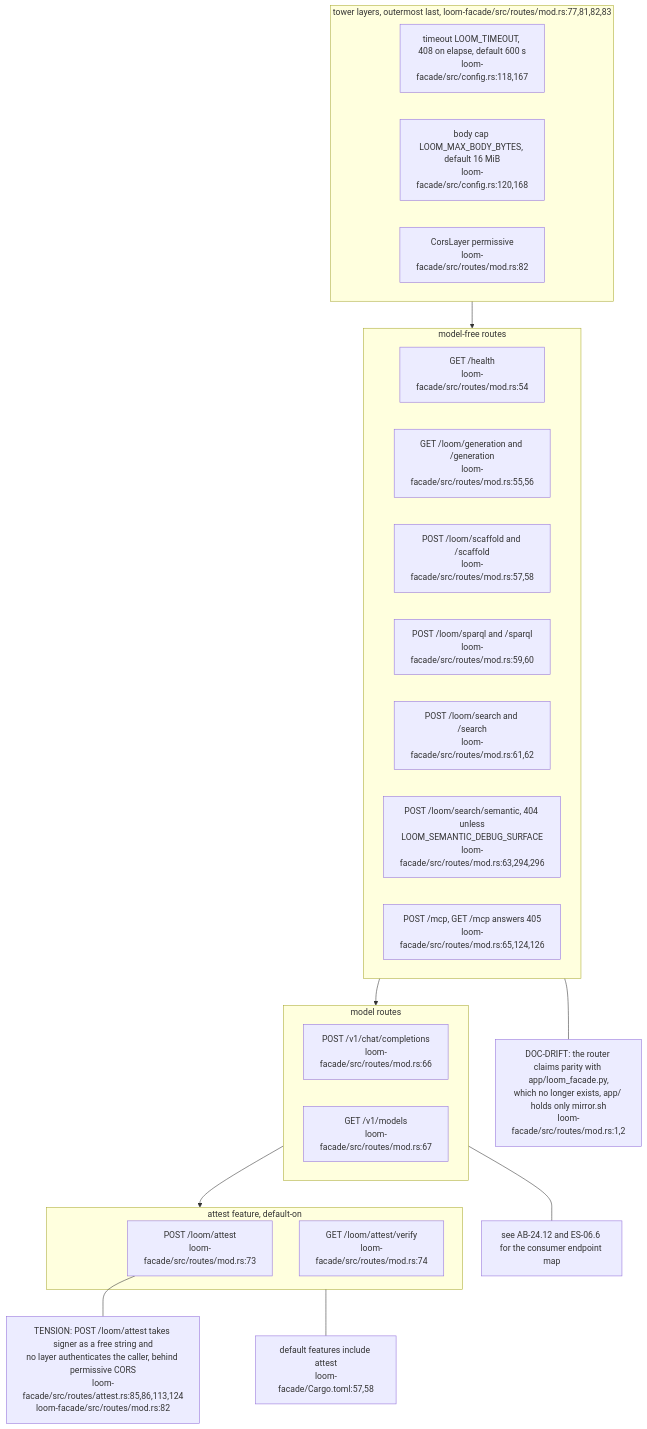
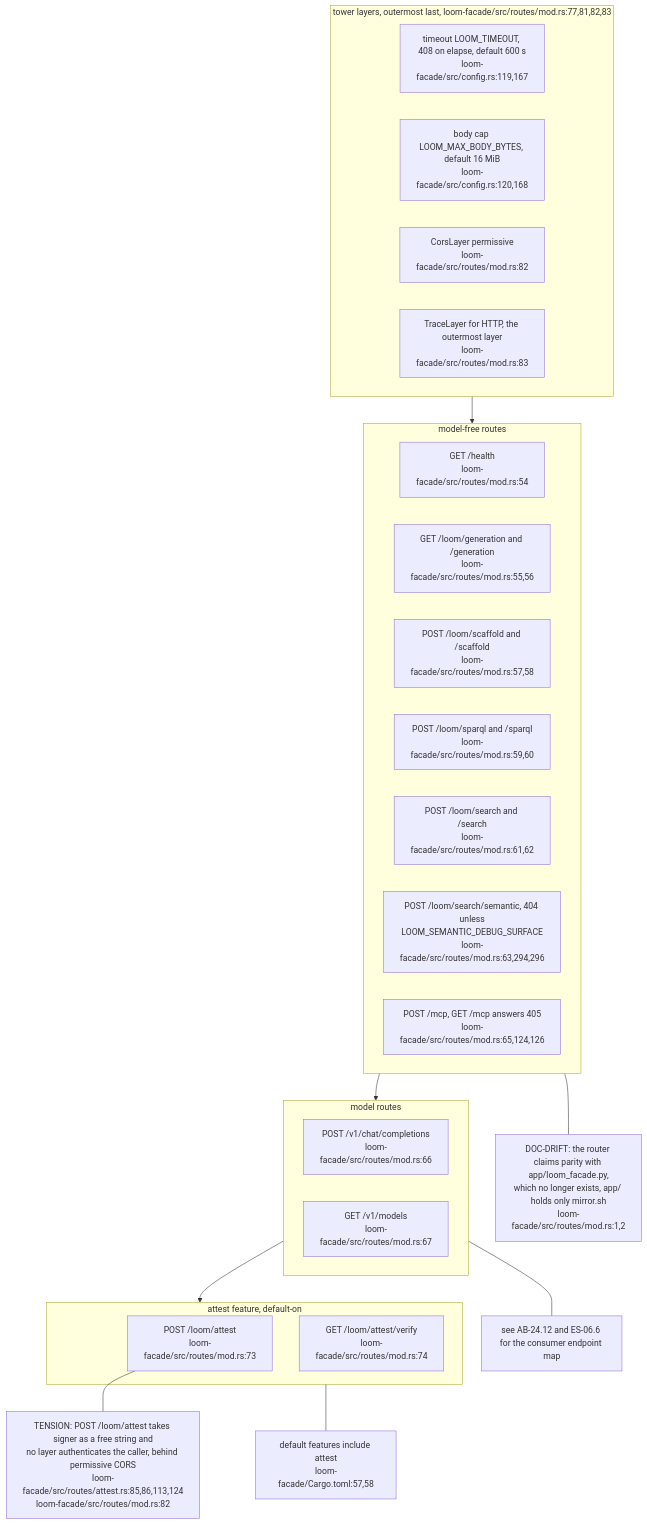
One commit to DreamLab-AI/VisionFlow changed the third of 7 diagrams in docs/diagrams/loom/02-facade-boot-activation-and-routes.md. Above: the diagram before and after it, drawn with Mermaid. The commit also changed 2 other files, not shown here.

Commit message:
diagrams(loom): fix skeptic findings, draw tools/paper, tools/ingest and .claude/evidence
- LM-02.3: LOOM_TIMEOUT is read at config.rs:119, not 118; draw TraceLayer,
  the outermost layer that routes/mod.rs:83 adds.
- LM-01.1: cite Cargo.toml:2 for resolver 2.
- LM-07.3: add tools/paper, tools/ingest and .claude/evidence to the
  directory surface; correct the "only live code" caption.
- LM-07.4: the paper harness (live and control arms, judges, paired
  statistics, the v9 remediation cohort).
- LM-07.5: the post-hoc analyses (exposure decomposition, suppression,
  semantic audit, paraphrase stress) and the vendored v1 engine.
- LM-07.6: expectations, executed evidence, the GPT-5.4 audit and the
  tools/ingest doc, with drift and tensions marked in place.

All cited at loom 355946dd.

````diff
--- a/docs/diagrams/loom/02-facade-boot-activation-and-routes.md
+++ b/docs/diagrams/loom/02-facade-boot-activation-and-routes.md
@@ -91,34 +91,35 @@
 ```mermaid
 flowchart TB
     subgraph LAYERS["tower layers, outermost last, loom-facade/src/routes/mod.rs:77,81,82,83"]
-        TO["timeout LOOM_TIMEOUT, 408 on elapse, default 600 s<br/>loom-facade/src/config.rs:118,167"]
+        TO["timeout LOOM_TIMEOUT, 408 on elapse, default 600 s<br/>loom-facade/src/config.rs:119,167"]
         BL["body cap LOOM_MAX_BODY_BYTES, default 16 MiB<br/>loom-facade/src/config.rs:120,168"]
         CORS["CorsLayer permissive<br/>loom-facade/src/routes/mod.rs:82"]
+        TRACE["TraceLayer for HTTP, the outermost layer<br/>loom-facade/src/routes/mod.rs:83"]
     end
     subgraph READ["model-free routes"]
         H["GET /health<br/>loom-facade/src/routes/mod.rs:54"]
         G["GET /loom/generation and /generation<br/>loom-facade/src/routes/mod.rs:55,56"]
         SC["POST /loom/scaffold and /scaffold<br/>loom-facade/src/routes/mod.rs:57,58"]
         SP["POST /loom/sparql and /sparql<br/>loom-facade/src/routes/mod.rs:59,60"]
         SE["POST /loom/search and /search<br/>loom-facade/src/routes/mod.rs:61,62"]
         SS["POST /loom/search/semantic, 404 unless<br/>LOOM_SEMANTIC_DEBUG_SURFACE<br/>loom-facade/src/routes/mod.rs:63,294,296"]
         MCP["POST /mcp, GET /mcp answers 405<br/>loom-facade/src/routes/mod.rs:65,124,126"]
     end
     subgraph MODEL["model routes"]
         CH["POST /v1/chat/completions<br/>loom-facade/src/routes/mod.rs:66"]
         MO["GET /v1/models<br/>loom-facade/src/routes/mod.rs:67"]
     end
     subgraph LEDGER["attest feature, default-on"]
         AT["POST /loom/attest<br/>loom-facade/src/routes/mod.rs:73"]
         AV["GET /loom/attest/verify<br/>loom-facade/src/routes/mod.rs:74"]
     end
     LAYERS --> READ --> MODEL --> LEDGER
     FEAT["default features include attest<br/>loom-facade/Cargo.toml:57,58"]
     LEDGER --- FEAT
     TENS["TENSION: POST /loom/attest takes signer as a free string and<br/>no layer authenticates the caller, behind permissive CORS<br/>loom-facade/src/routes/attest.rs:85,86,113,124<br/>loom-facade/src/routes/mod.rs:82"]
     AT --- TENS
     DRIFT["DOC-DRIFT: the router claims parity with app/loom_facade.py,<br/>which no longer exists, app/ holds only mirror.sh<br/>loom-facade/src/routes/mod.rs:1,2"]
     READ --- DRIFT
     SEE["see AB-24.12 and ES-06.6 for the consumer endpoint map"]
     MODEL --- SEE
 ```
````
